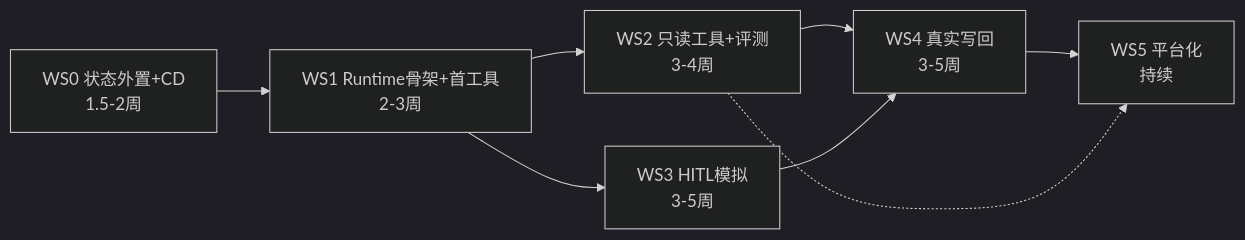
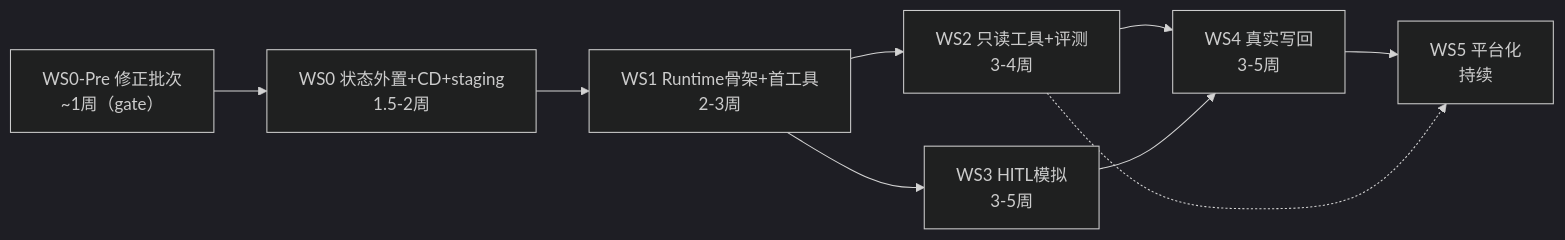
The diagram in docs/agent-platform-v2/implementation-plan.md (l948931710/opensearch-rag-pipeline), drawn with Mermaid (dark theme) before and after one commit. The commit also changed other lines of this file and 1 other file, not shown here.

First line of the commit message:
docs(plan): implementation-plan rev-2026-07-06 — 纳入实施前架构评审 gate 项

````diff
--- a/docs/agent-platform-v2/implementation-plan.md
+++ b/docs/agent-platform-v2/implementation-plan.md
@@ -156,10 +206,11 @@
 ```mermaid
 flowchart LR
-    WS0["WS0 状态外置+CD<br/>1.5-2周"] --> WS1["WS1 Runtime骨架+首工具<br/>2-3周"]
+    WSP["WS0-Pre 修正批次<br/>~1周（gate）"] --> WS0["WS0 状态外置+CD+staging<br/>1.5-2周"]
+    WS0 --> WS1["WS1 Runtime骨架+首工具<br/>2-3周"]
     WS1 --> WS2["WS2 只读工具+评测<br/>3-4周"]
     WS1 --> WS3["WS3 HITL模拟<br/>3-5周"]
     WS2 --> WS4["WS4 真实写回<br/>3-5周"]
     WS3 --> WS4
     WS4 --> WS5["WS5 平台化<br/>持续"]
     WS2 -.-> WS5
 ```
````
